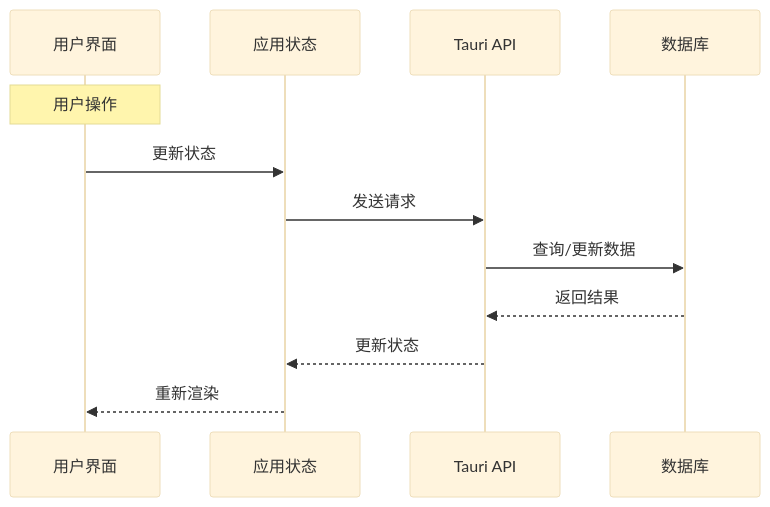
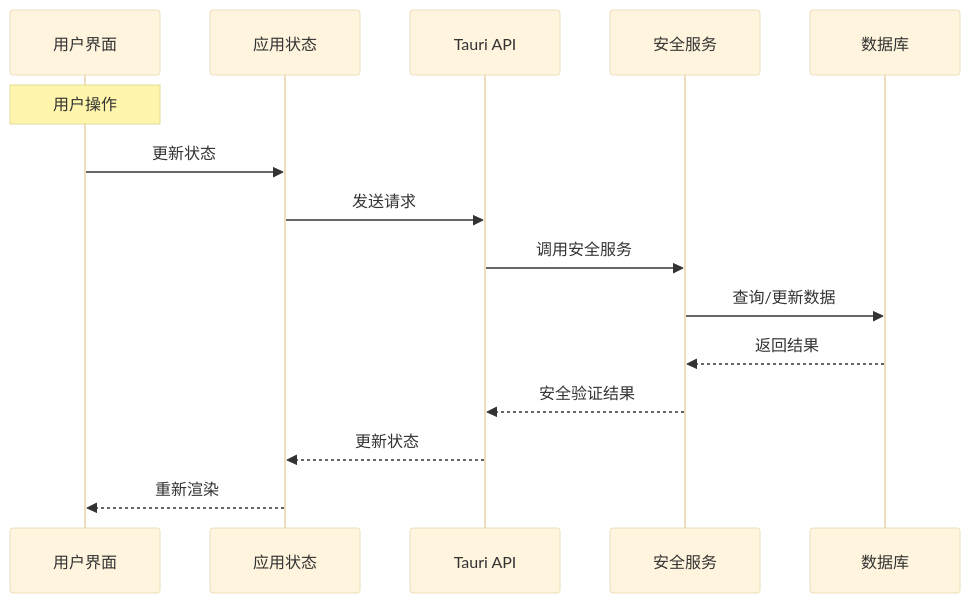
Diagram 14 of 15 in doc/repowiki/zh/content/前端开发/UI 组件详解/主内容组件 (Main).md (YLee9527/Medex), drawn with Mermaid (base theme) before and after one commit. The commit also changed other lines of this file and 31 other files, not shown here.

First line of the commit message:
docs(doc): 添加部署脚本、锁屏功能、发布指南及设置按钮图标文档

````diff
--- a/doc/repowiki/zh/content/前端开发/UI 组件详解/主内容组件 (Main).md
+++ b/doc/repowiki/zh/content/前端开发/UI 组件详解/主内容组件 (Main).md
@@ -441,14 +609,17 @@
 ```mermaid
 sequenceDiagram
 participant UI as 用户界面
 participant Store as 应用状态
 participant API as Tauri API
+participant Security as 安全服务
 participant DB as 数据库
 Note over UI : 用户操作
 UI->>Store : 更新状态
 Store->>API : 发送请求
-API->>DB : 查询/更新数据
-DB-->>API : 返回结果
+API->>Security : 调用安全服务
+Security->>DB : 查询/更新数据
+DB-->>Security : 返回结果
+Security-->>API : 安全验证结果
 API-->>Store : 更新状态
 Store-->>UI : 重新渲染
 ```
````
